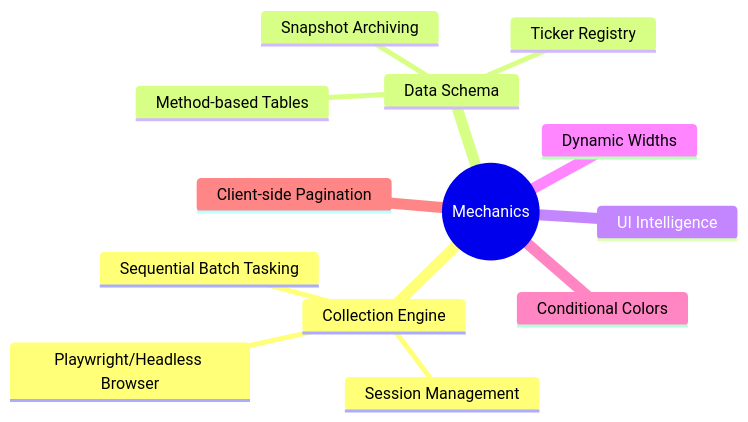
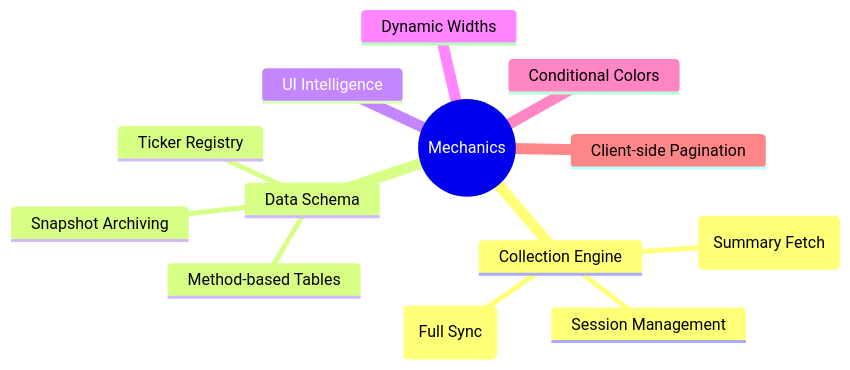
One commit to juanpradana/MarketPulse changed the third of 5 diagrams in docs/MARKET_SUMMARY_DOCUMENTATION.md. Above: the diagram before and after it, drawn with Mermaid. The commit also changed other lines of this file and 10 other files, not shown here.

````diff
--- a/docs/MARKET_SUMMARY_DOCUMENTATION.md
+++ b/docs/MARKET_SUMMARY_DOCUMENTATION.md
@@ -91,16 +91,16 @@
 ```mermaid
 mindmap
   root((Mechanics))
     Collection Engine
-      Playwright/Headless Browser
+      NeoBDMApiClient (Summary Fetch)
+      Subprocess Batch Scrape (Full Sync)
       Session Management
-      Sequential Batch Tasking
     Data Schema
       Method-based Tables
       Snapshot Archiving
       Ticker Registry
     UI Intelligence
     Dynamic Widths
     Conditional Colors
     Client-side Pagination
 ```
````
